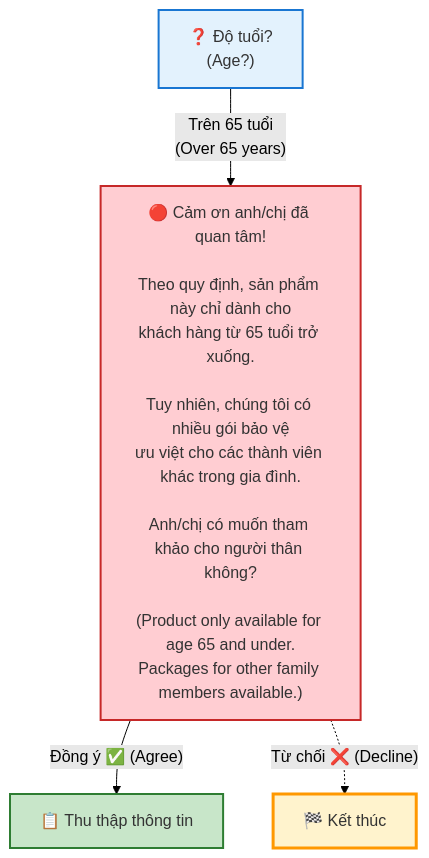
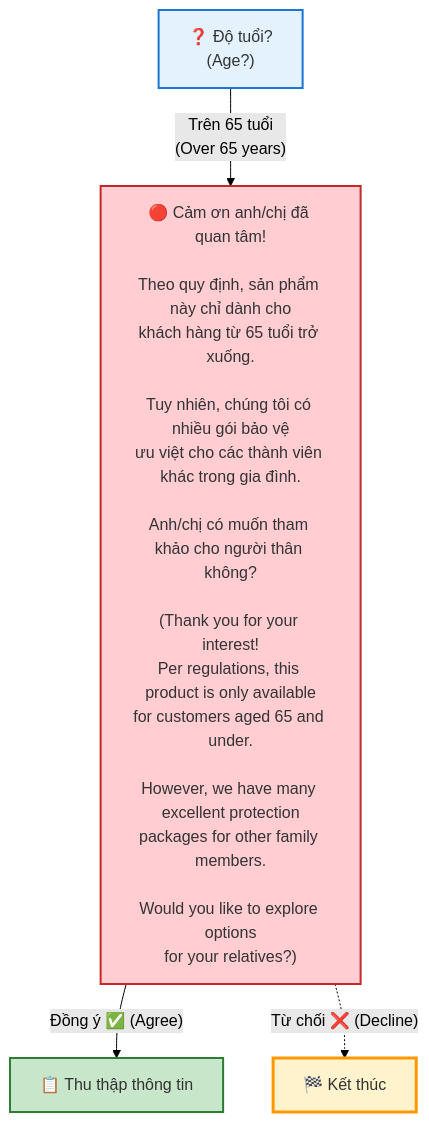
One commit to cafechungkhoan/ALCV_Automation changed the fourth of 7 diagrams in Conditional Form Workflow.md. Above: the diagram before and after it, drawn with Mermaid (forest theme). The commit also changed other lines of this file, not shown here.

````diff
--- a/Conditional Form Workflow.md
+++ b/Conditional Form Workflow.md
@@ -106,12 +140,12 @@
 ```mermaid
 graph TD
-    Q1["❓ Độ tuổi?<br/>(Age?)"]:::question -->|"Trên 65 tuổi<br/>(Over 65 years)"| NOTICE["🔴 Cảm ơn anh/chị đã quan tâm!<br/><br/>Theo quy định, sản phẩm này chỉ dành cho<br/>khách hàng từ 65 tuổi trở xuống.<br/><br/>Tuy nhiên, chúng tôi có nhiều gói bảo vệ<br/>ưu việt cho các thành viên khác trong gia đình.<br/><br/>Anh/chị có muốn tham khảo cho người thân không?<br/><br/>(Product only available for age 65 and under.<br/>Packages for other family members available.)"]:::rejected
+    Q1["❓ Độ tuổi?<br/>(Age?)"]:::question -->|"Trên 65 tuổi<br/>(Over 65 years)"| NOTICE["🔴 Cảm ơn anh/chị đã quan tâm!<br/><br/>Theo quy định, sản phẩm này chỉ dành cho<br/>khách hàng từ 65 tuổi trở xuống.<br/><br/>Tuy nhiên, chúng tôi có nhiều gói bảo vệ<br/>ưu việt cho các thành viên khác trong gia đình.<br/><br/>Anh/chị có muốn tham khảo cho người thân không?<br/><br/>(Thank you for your interest!<br/>Per regulations, this product is only available<br/>for customers aged 65 and under.<br/><br/>However, we have many excellent protection<br/>packages for other family members.<br/><br/>Would you like to explore options<br/>for your relatives?)"]:::rejected
 
     NOTICE -->|"Đồng ý ✅ (Agree)"| COLLECT["📋 Thu thập thông tin"]:::happy
     NOTICE -.->|"Từ chối ❌ (Decline)"| END_NODE["🏁 Kết thúc"]:::start
 
     classDef question fill:#e3f2fd,stroke:#1976d2,stroke-width:2px,color:#333
     classDef rejected fill:#ffcdd2,stroke:#c62828,stroke-width:2px,color:#333
     classDef happy fill:#c8e6c9,stroke:#2e7d32,stroke-width:2px,color:#333
     classDef start fill:#fff3cd,stroke:#ff9800,stroke-width:3px,color:#333
 ```
````
